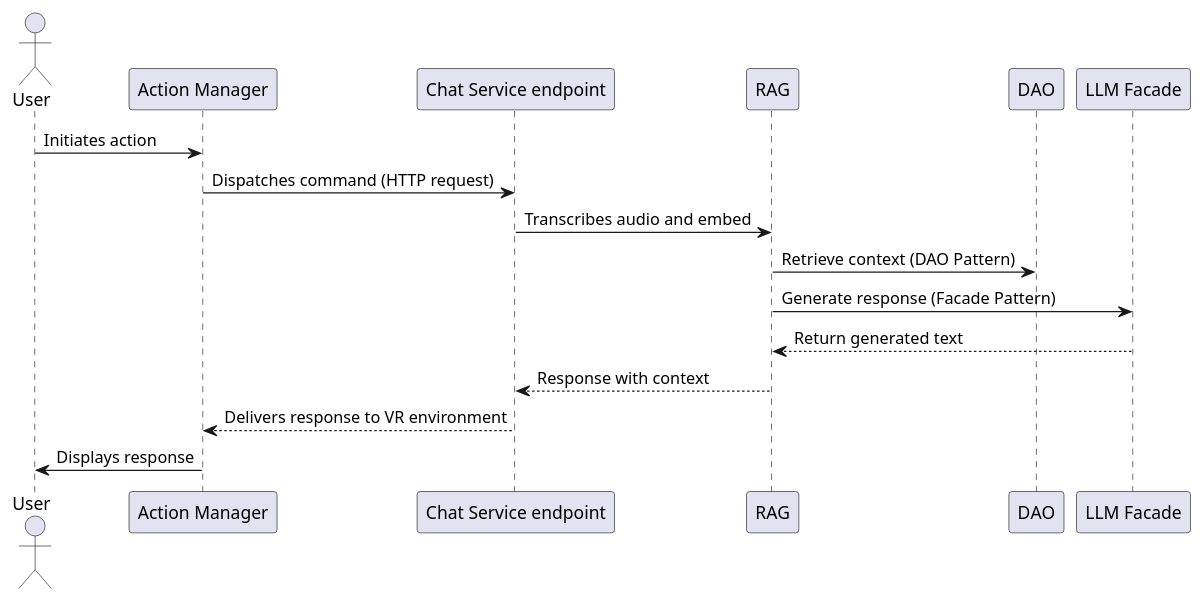
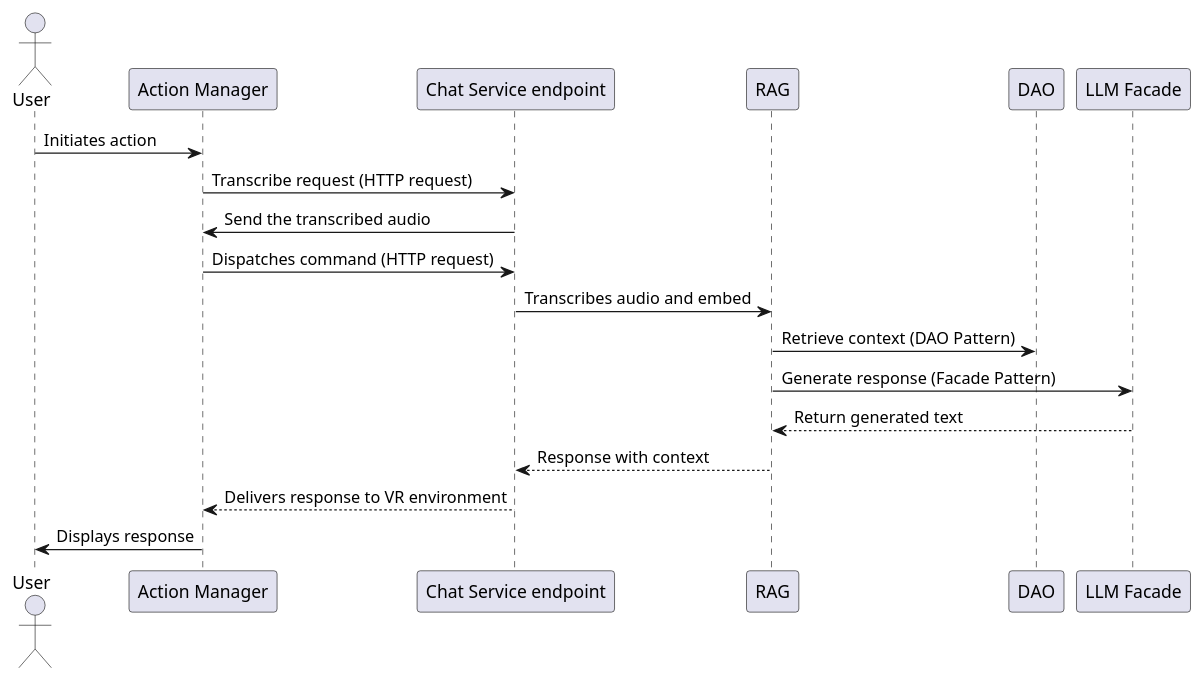
One commit to IMTEL/RAGdoll changed the diagram in docs/architecture/diagrams/process.puml. Above: the diagram before and after it, drawn with PlantUML. The commit also changed 3 other files, not shown here.

Commit message:
docs: update deployment diagrams and process flow; fix chat history typo in pipeline

```diff
--- a/docs/architecture/diagrams/process.puml
+++ b/docs/architecture/diagrams/process.puml
@@ -1,18 +1,20 @@
 @startuml ProcessView
 actor User
 participant "Action Manager" as AM
 participant "Chat Service endpoint" as CSM
 participant "RAG" as RAG
 participant "DAO" as DAO
 participant "LLM Facade" as LLM
 
 User -> AM: Initiates action
+AM -> CSM: Transcribe request (HTTP request)
+CSM -> AM: Send the transcribed audio
 AM -> CSM: Dispatches command (HTTP request)
 CSM -> RAG: Transcribes audio and embed
 RAG -> DAO: Retrieve context (DAO Pattern)
 RAG -> LLM: Generate response (Facade Pattern)
 LLM --> RAG: Return generated text
 RAG --> CSM: Response with context
 CSM --> AM: Delivers response to VR environment
 AM -> User: Displays response
 @enduml
```
